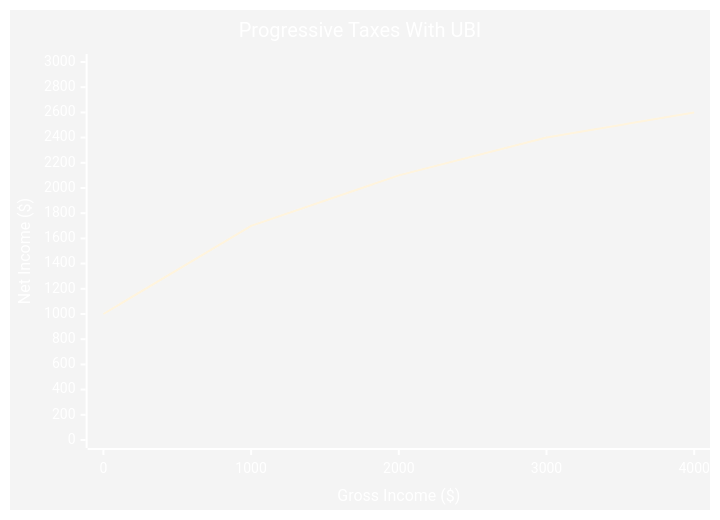
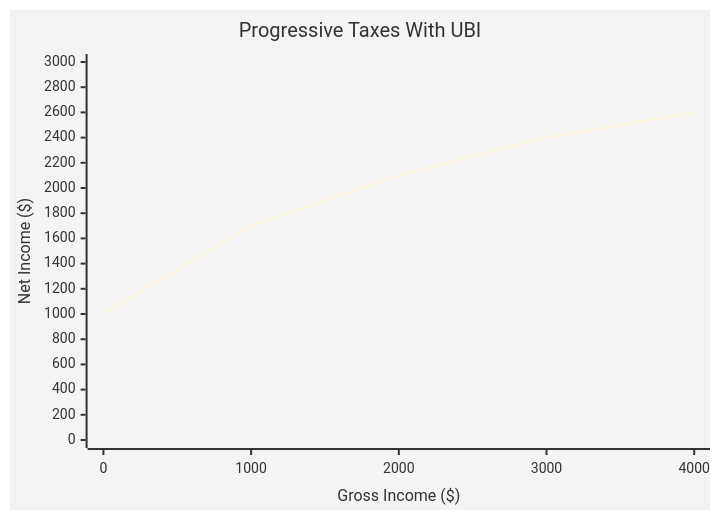
Before and after one commit to sergey-shandar/public: the fourth of 4 diagrams in notes/economy/justice.md, drawn with Mermaid. The commit also changed other lines of this file, not shown here.

Commit message:
Based on the git diff, I can see that color theming was added to the Mermaid charts in the justice.md file. Each chart now has a `%%{init: {"theme": "base", "themeVariables": {"primaryColor": "#<color>"}}}%%` directive with different colors.

````diff
--- a/notes/economy/justice.md
+++ b/notes/economy/justice.md
@@ -57,8 +57,8 @@
 ```mermaid
-%%{init: {'theme':'base', 'themeVariables': {'primaryColor':'#96ceb4', 'primaryTextColor':'#fff', 'primaryBorderColor':'#96ceb4', 'lineColor':'#5490cc', 'secondaryColor':'#ffda79', 'tertiaryColor':'#fff'}}}%%
+%%{init: {"theme": "base", "themeVariables": {"primaryColor": "#96ceb4"}}}%%
 xychart-beta
     title "Progressive Taxes With UBI"
     x-axis "Gross Income ($)" [0, 1000, 2000, 3000, 4000]
     y-axis "Net Income ($)" 0 --> 3000
-    line "Net Income" [1000, 1700, 2100, 2400, 2600]
+    line [1000, 1700, 2100, 2400, 2600]
 ```
````
